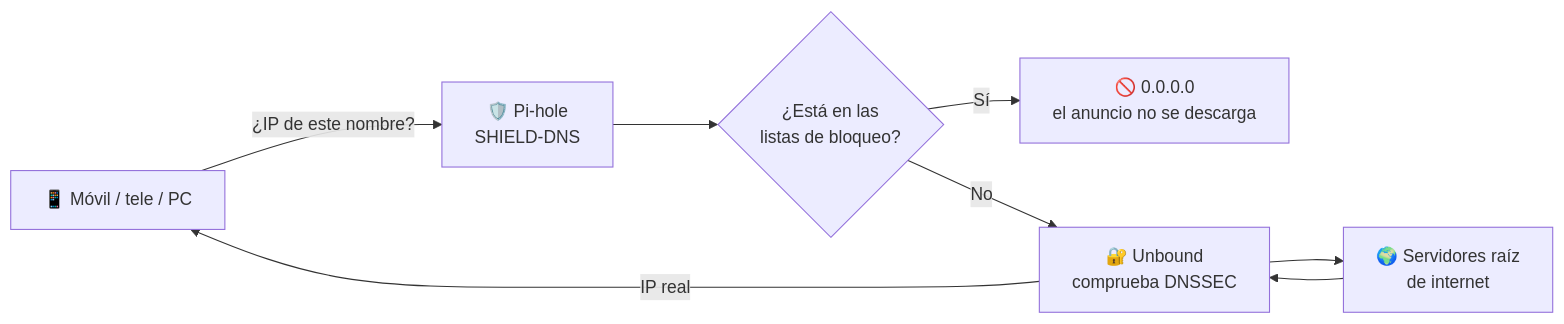
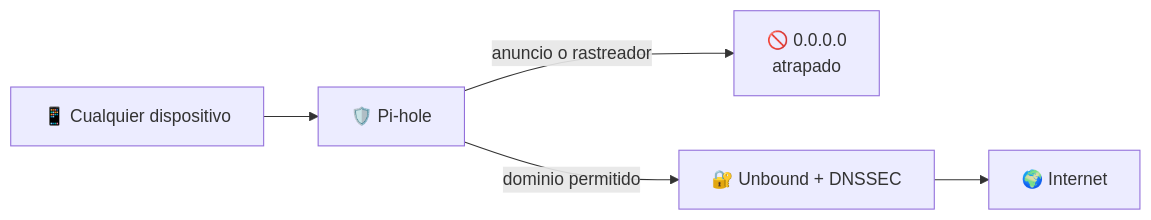
One commit to BertMarti/SHIELD-DNS changed the first of 2 diagrams in README.md. Above: the diagram before and after it, drawn with Mermaid. The commit also changed other lines of this file and 5 other files, not shown here.

````diff
--- a/README.md
+++ b/README.md
@@ -73,10 +51,7 @@
 ```mermaid
 flowchart LR
-    D["📱 Móvil / tele / PC"] -- "¿IP de este nombre?" --> P["🛡️ Pi-hole<br/>SHIELD-DNS"]
-    P --> Q{"¿Está en las<br/>listas de bloqueo?"}
-    Q -- "Sí" --> B["🚫 0.0.0.0<br/>el anuncio no se descarga"]
-    Q -- "No" --> U["🔐 Unbound<br/>comprueba DNSSEC"]
-    U --> R["🌍 Servidores raíz<br/>de internet"]
-    R --> U
-    U -- "IP real" --> D
+    D["📱 Cualquier dispositivo"] --> P["🛡️ Pi-hole"]
+    P -->|"anuncio o rastreador"| X["🚫 0.0.0.0<br/>atrapado"]
+    P -->|"dominio permitido"| U["🔐 Unbound + DNSSEC"]
+    U --> I["🌍 Internet"]
 ```
````
